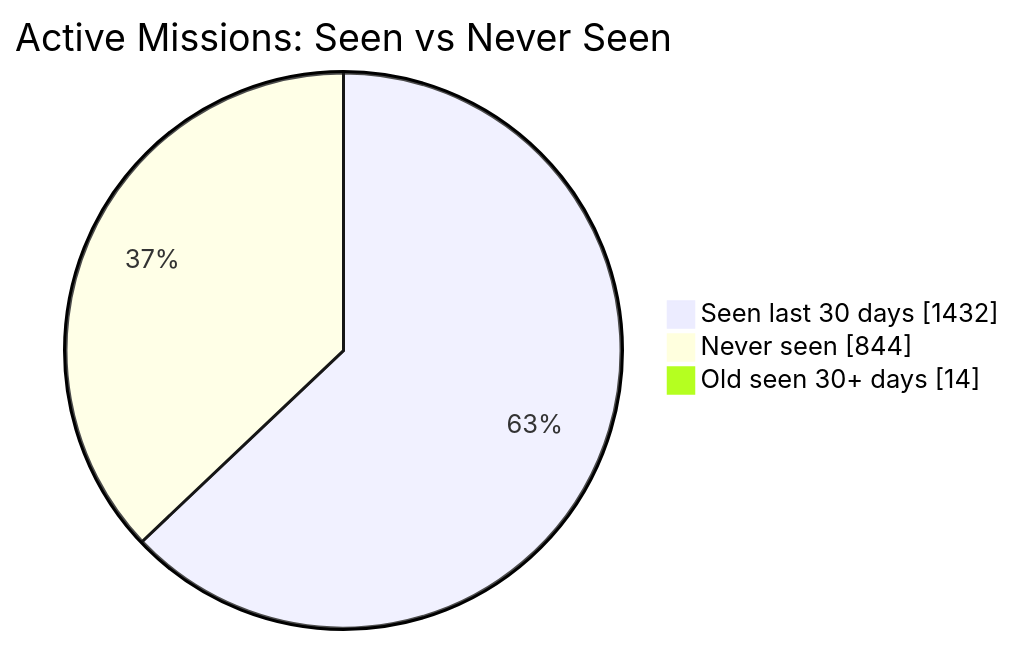
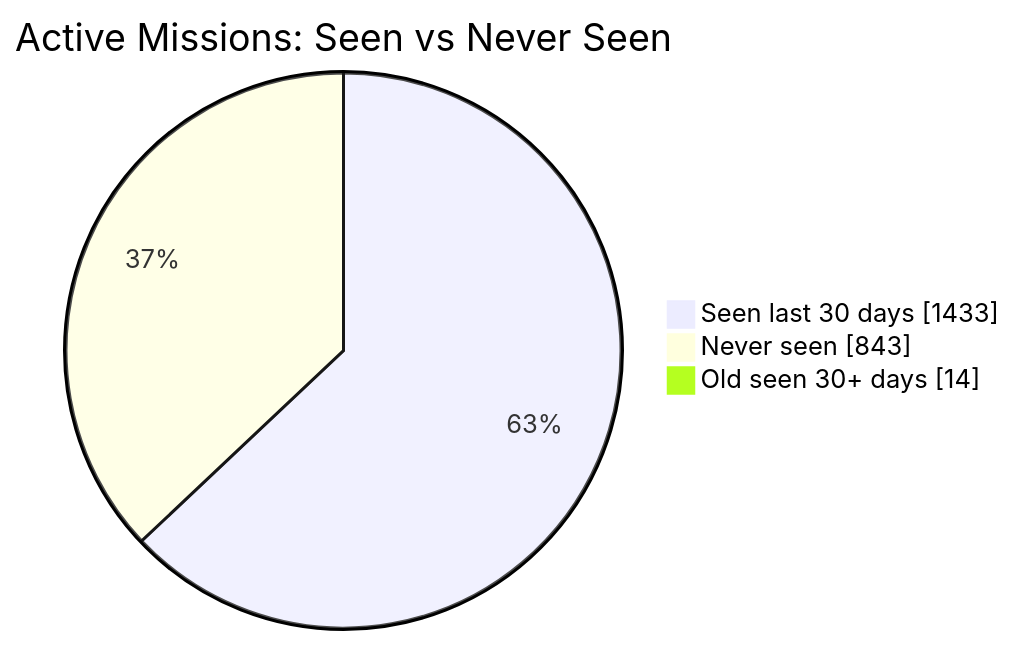
One commit to MeldkamerspelGameTeam/active-missions changed the first of 2 diagrams in README.md. Above: the diagram before and after it, drawn with Mermaid. The commit also changed other lines of this file and 2 other files, not shown here.

````diff
--- a/README.md
+++ b/README.md
@@ -34,7 +34,7 @@
 ```mermaid
 pie showData
     title Active Missions: Seen vs Never Seen
-    "Seen last 30 days" : 1432
-    "Never seen" : 844
+    "Seen last 30 days" : 1433
+    "Never seen" : 843
     "Old seen 30+ days" : 14
 ```
````
